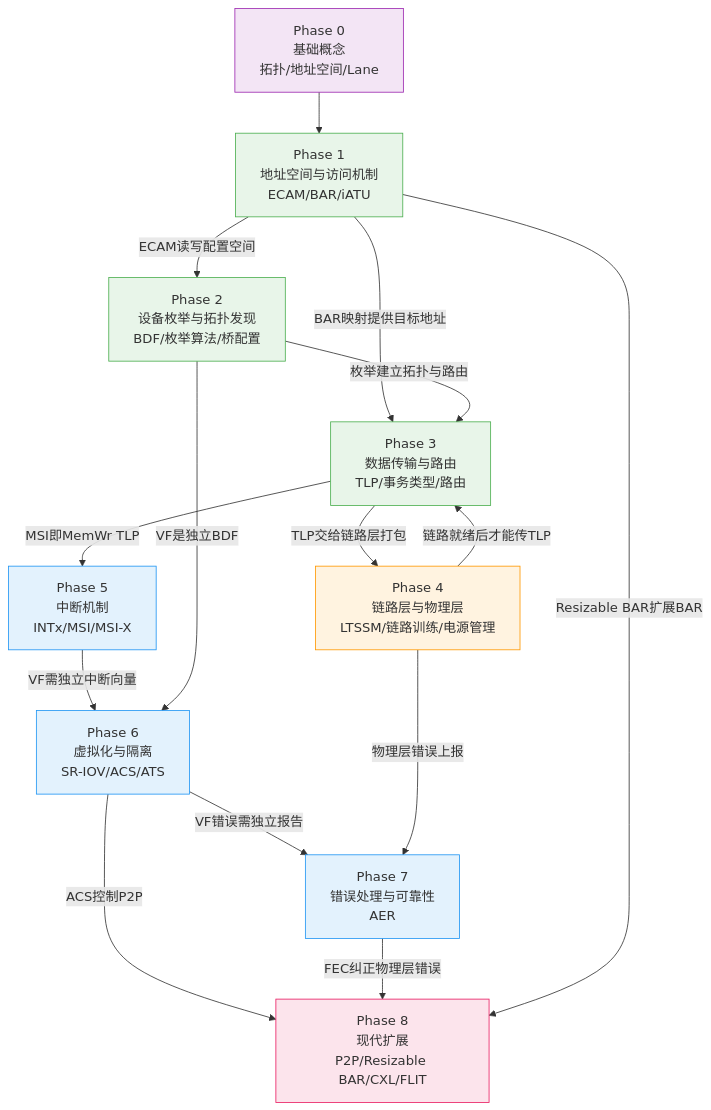
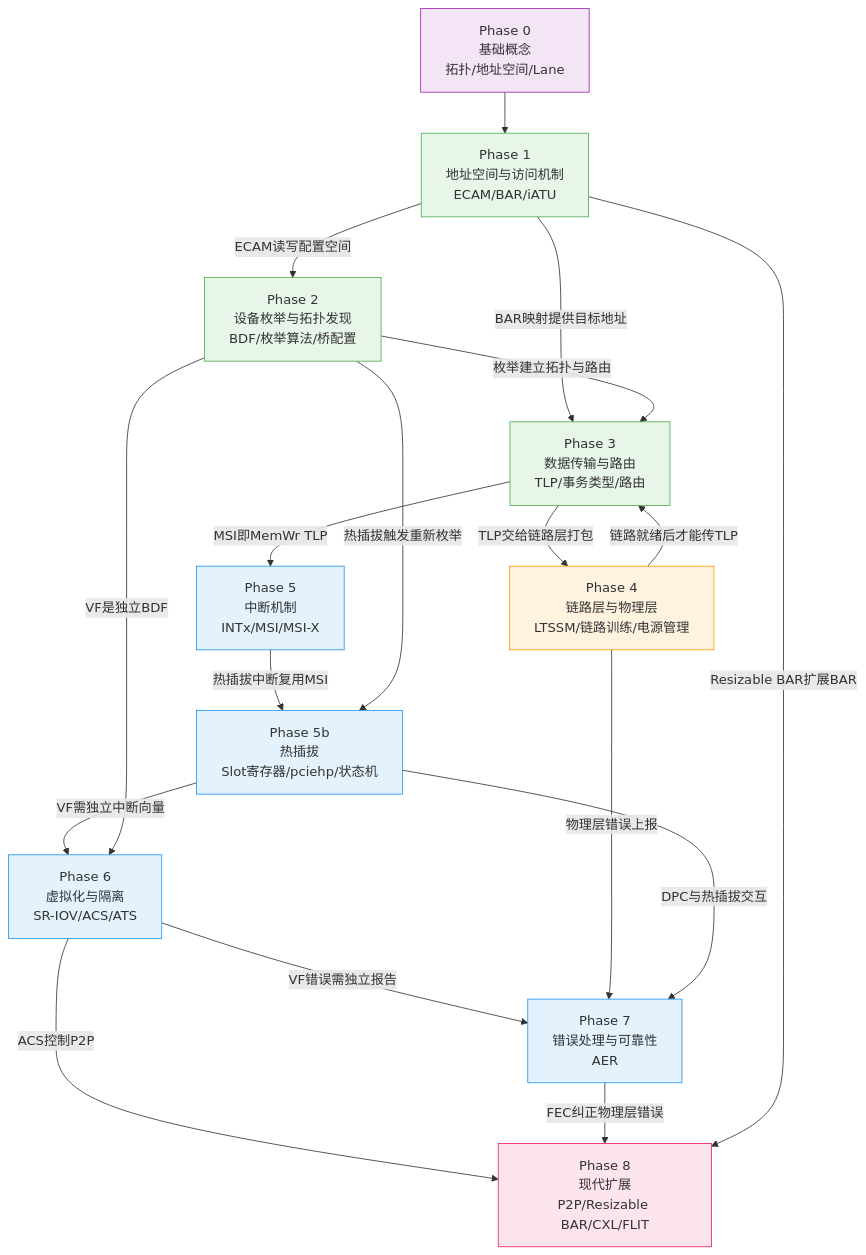
One commit to swjtuer326/cs-learning-notes changed the first of 15 diagrams in pcie/pcie-learning-resources.md. Above: the diagram before and after it, drawn with Mermaid. The commit also changed other lines of this file and 6 other files, not shown here.

````diff
--- a/pcie/pcie-learning-resources.md
+++ b/pcie/pcie-learning-resources.md
@@ -44,38 +45,43 @@
 ```mermaid
 %%{init: {"theme": "base", "themeVariables": {"primaryColor": "#f8fafc", "primaryTextColor": "#1e293b", "primaryBorderColor": "#475569", "lineColor": "#64748b", "secondaryColor": "#f1f5f9", "secondaryBorderColor": "#94a3b8", "tertiaryColor": "#f8fafc", "fontFamily": "'trebuchet ms', verdana, arial, sans-serif"}}}%%
 flowchart TD
     P0["Phase 0<br/>基础概念<br/>拓扑/地址空间/Lane"]
     P1["Phase 1<br/>地址空间与访问机制<br/>ECAM/BAR/iATU"]
     P2["Phase 2<br/>设备枚举与拓扑发现<br/>BDF/枚举算法/桥配置"]
     P3["Phase 3<br/>数据传输与路由<br/>TLP/事务类型/路由"]
     P4["Phase 4<br/>链路层与物理层<br/>LTSSM/链路训练/电源管理"]
     P5["Phase 5<br/>中断机制<br/>INTx/MSI/MSI-X"]
+    P5b["Phase 5b<br/>热插拔<br/>Slot寄存器/pciehp/状态机"]
     P6["Phase 6<br/>虚拟化与隔离<br/>SR-IOV/ACS/ATS"]
     P7["Phase 7<br/>错误处理与可靠性<br/>AER"]
     P8["Phase 8<br/>现代扩展<br/>P2P/Resizable BAR/CXL/FLIT"]
 
     P0 --> P1
     P1 -->|"ECAM读写配置空间"| P2
     P1 -->|"BAR映射提供目标地址"| P3
     P2 -->|"枚举建立拓扑与路由"| P3
     P3 -->|"TLP交给链路层打包"| P4
     P4 -->|"链路就绪后才能传TLP"| P3
     P3 -->|"MSI即MemWr TLP"| P5
-    P5 -->|"VF需独立中断向量"| P6
+    P5 -->|"热插拔中断复用MSI"| P5b
+    P2 -->|"热插拔触发重新枚举"| P5b
+    P5b -->|"VF需独立中断向量"| P6
     P2 -->|"VF是独立BDF"| P6
     P6 -->|"VF错误需独立报告"| P7
     P4 -->|"物理层错误上报"| P7
+    P5b -->|"DPC与热插拔交互"| P7
     P6 -->|"ACS控制P2P"| P8
     P7 -->|"FEC纠正物理层错误"| P8
     P1 -->|"Resizable BAR扩展BAR"| P8
 
     style P0 fill:#f3e5f5,stroke:#9c27b0
     style P1 fill:#e8f5e9,stroke:#4caf50
     style P2 fill:#e8f5e9,stroke:#4caf50
     style P3 fill:#e8f5e9,stroke:#4caf50
     style P4 fill:#fff3e0,stroke:#ff9800
     style P5 fill:#e3f2fd,stroke:#2196f3
+    style P5b fill:#e3f2fd,stroke:#2196f3
     style P6 fill:#e3f2fd,stroke:#2196f3
     style P7 fill:#e3f2fd,stroke:#2196f3
     style P8 fill:#fce4ec,stroke:#e91e63
 ```
````
